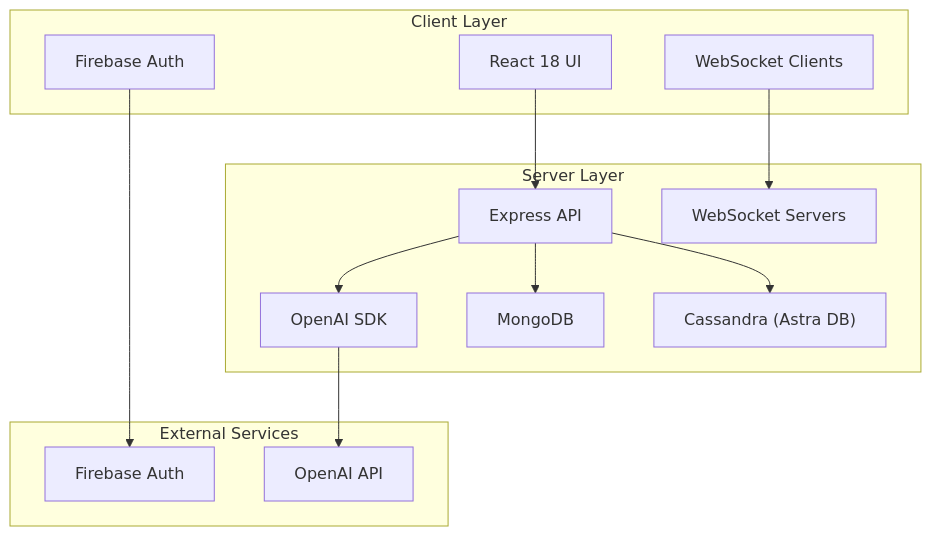
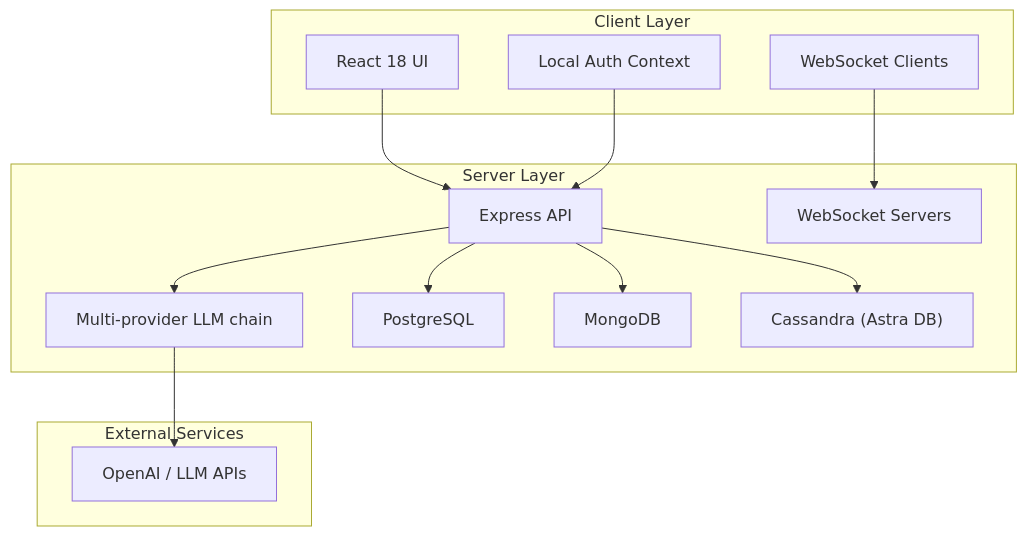
The second of 7 diagrams in docs/code-wiki/content/Project Overview.md (nitishssh/Class-mode), drawn with Mermaid before and after one commit. The commit also changed other lines of this file and 4 other files, not shown here.

Commit message:
docs: update architecture documentation to reflect PostgreSQL integration, local authentication, and multi-provider AI features

````diff
--- a/docs/code-wiki/content/Project Overview.md
+++ b/docs/code-wiki/content/Project Overview.md
@@ -121,26 +124,27 @@
 ```mermaid
 graph TB
 subgraph "Client Layer"
 UI["React 18 UI"]
-Auth["Firebase Auth"]
+Auth["Local Auth Context"]
 WS["WebSocket Clients"]
 end
 subgraph "Server Layer"
 API["Express API"]
 WS_Server["WebSocket Servers"]
-OpenAI["OpenAI SDK"]
+LLM["Multi-provider LLM chain"]
+PG["PostgreSQL"]
 Mongo["MongoDB"]
 Cassandra["Cassandra (Astra DB)"]
 end
 subgraph "External Services"
-Firebase["Firebase Auth"]
-OpenAIService["OpenAI API"]
+OpenAIService["OpenAI / LLM APIs"]
 end
 UI --> API
-Auth --> Firebase
+Auth --> API
 WS --> WS_Server
-API --> OpenAI
+API --> LLM
+API --> PG
 API --> Mongo
 API --> Cassandra
-OpenAI --> OpenAIService
+LLM --> OpenAIService
 ```
````
